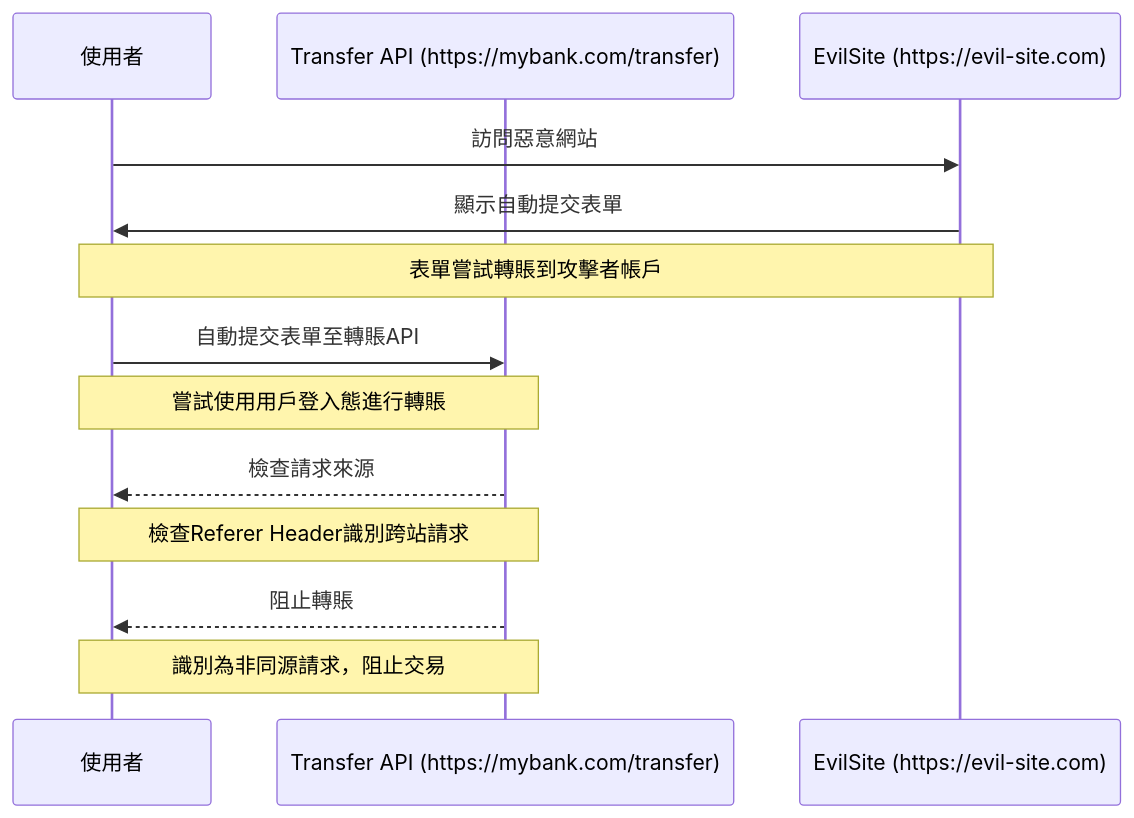
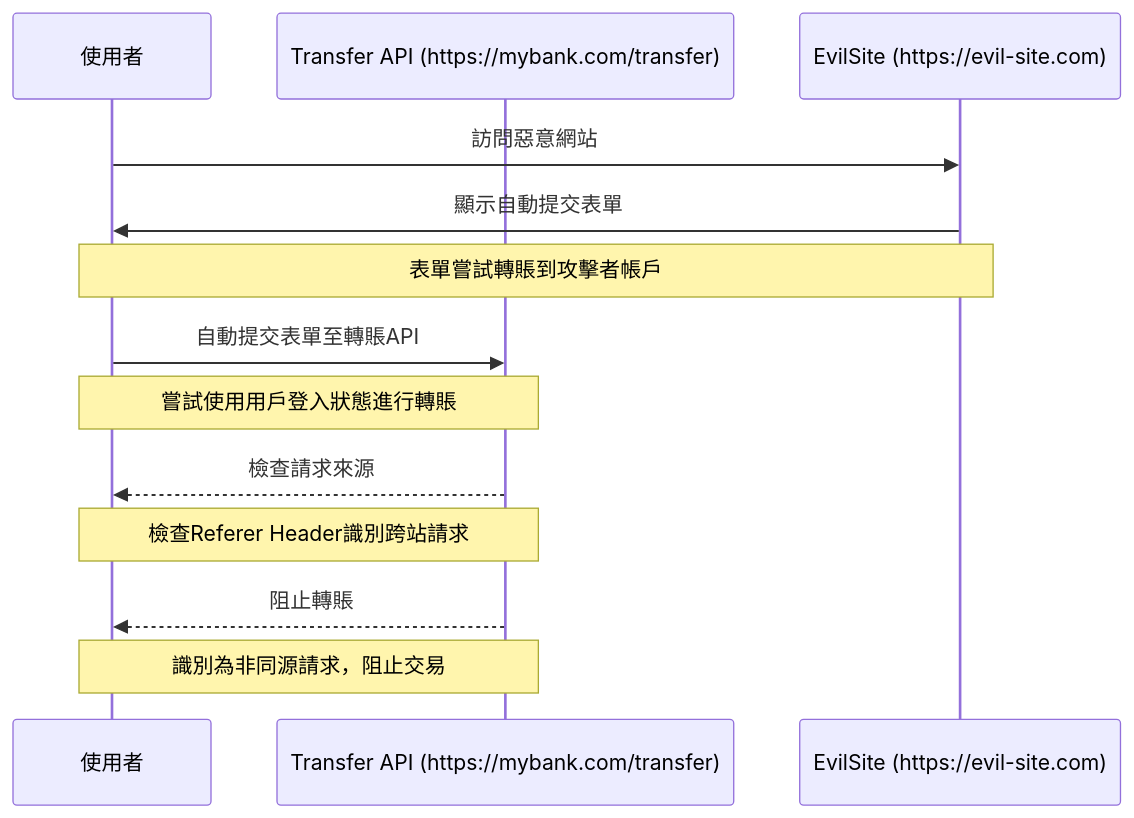
One commit to Bosh-Kuo/Bosh-Docusaurus-Dev-Notes changed the second of 6 diagrams in docs/13-Web/01-sop-and-cors.md. Above: the diagram before and after it, drawn with Mermaid. The commit also changed other lines of this file, not shown here.

````diff
--- a/docs/13-Web/01-sop-and-cors.md
+++ b/docs/13-Web/01-sop-and-cors.md
@@ -85,20 +85,20 @@
 ```mermaid
 sequenceDiagram
     participant User as 使用者
     participant MyBank as Transfer API (https://mybank.com/transfer)
     participant EvilSite as EvilSite (https://evil-site.com)
 
     User->>EvilSite: 訪問惡意網站
     EvilSite->>User: 顯示自動提交表單
     Note over EvilSite,User: 表單嘗試轉賬到攻擊者帳戶
 
     User->>MyBank: 自動提交表單至轉賬API
-    Note over User,MyBank: 嘗試使用用戶登入態進行轉賬
+    Note over User,MyBank: 嘗試使用用戶登入狀態進行轉賬
 
     MyBank-->>User: 檢查請求來源
     Note over MyBank,User: 檢查Referer Header識別跨站請求
 
     MyBank-->>User: 阻止轉賬
     Note over MyBank,User: 識別為非同源請求，阻止交易
 
 ```
````
